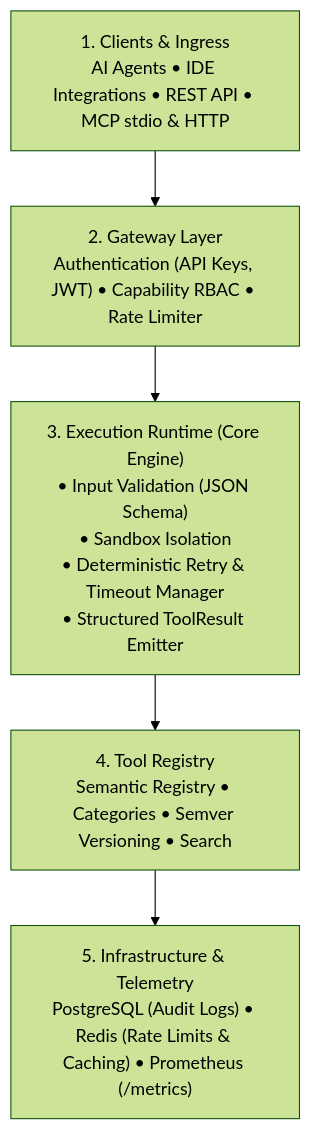
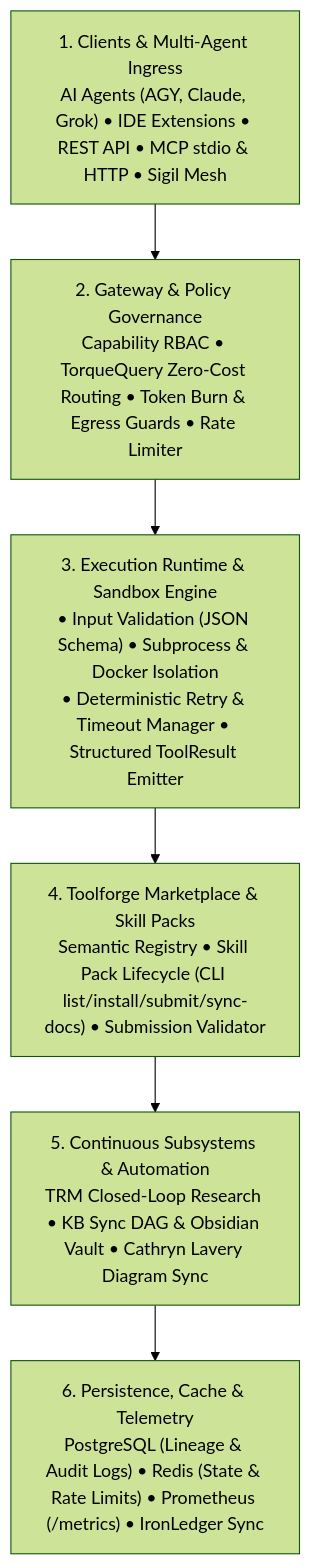
Before and after one commit to sorensencc-dotcom/toolforge: the diagram in README.md, drawn with Mermaid (forest theme). The commit also changed other lines of this file and 5 other files, not shown here.

Commit message:
docs: modernize architecture diagram and overview to v2.95.9

````diff
--- a/README.md
+++ b/README.md
@@ -33,7 +33,8 @@
 ```mermaid
 graph TD
-    CL["1. Clients & Ingress<br/>AI Agents • IDE Integrations • REST API • MCP stdio & HTTP"] --> GW["2. Gateway Layer<br/>Authentication (API Keys, JWT) • Capability RBAC • Rate Limiter"]
-    GW --> ER["3. Execution Runtime (Core Engine)<br/>• Input Validation (JSON Schema)<br/>• Sandbox Isolation<br/>• Deterministic Retry & Timeout Manager<br/>• Structured ToolResult Emitter"]
-    ER --> TR["4. Tool Registry<br/>Semantic Registry • Categories • Semver Versioning • Search"]
-    TR --> INF["5. Infrastructure & Telemetry<br/>PostgreSQL (Audit Logs) • Redis (Rate Limits & Caching) • Prometheus (/metrics)"]
+    CL["1. Clients & Multi-Agent Ingress<br/>AI Agents (AGY, Claude, Grok) • IDE Extensions • REST API • MCP stdio & HTTP • Sigil Mesh"] --> GW["2. Gateway & Policy Governance<br/>Capability RBAC • TorqueQuery Zero-Cost Routing • Token Burn & Egress Guards • Rate Limiter"]
+    GW --> ER["3. Execution Runtime & Sandbox Engine<br/>• Input Validation (JSON Schema) • Subprocess & Docker Isolation<br/>• Deterministic Retry & Timeout Manager • Structured ToolResult Emitter"]
+    ER --> TR["4. Toolforge Marketplace & Skill Packs<br/>Semantic Registry • Skill Pack Lifecycle (CLI list/install/submit/sync-docs) • Submission Validator"]
+    TR --> SUB["5. Continuous Subsystems & Automation<br/>TRM Closed-Loop Research • KB Sync DAG & Obsidian Vault • Cathryn Lavery Diagram Sync"]
+    SUB --> INF["6. Persistence, Cache & Telemetry<br/>PostgreSQL (Lineage & Audit Logs) • Redis (State & Rate Limits) • Prometheus (/metrics) • IronLedger Sync"]
 ```
````
